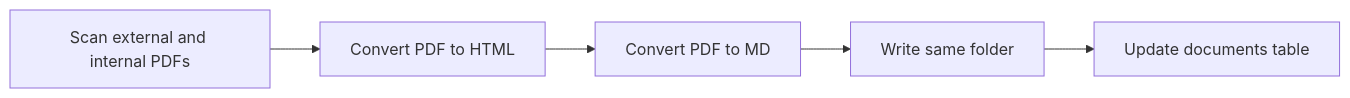
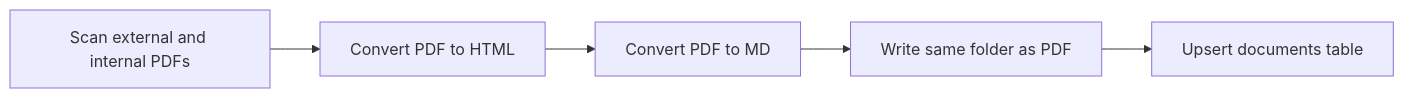
Before and after one commit to Rajesh-Nair/RISEAPP: the third of 5 diagrams in README.md, drawn with Mermaid. The commit also changed other lines of this file and 19 other files, not shown here.

````diff
--- a/README.md
+++ b/README.md
@@ -144,7 +203,7 @@
 ```mermaid
 flowchart LR
   A[Scan external and internal PDFs] --> B[Convert PDF to HTML]
   B --> C[Convert PDF to MD]
-  C --> D[Write same folder]
-  D --> E[Update documents table]
+  C --> D[Write same folder as PDF]
+  D --> E[Upsert documents table]
 ```
````
